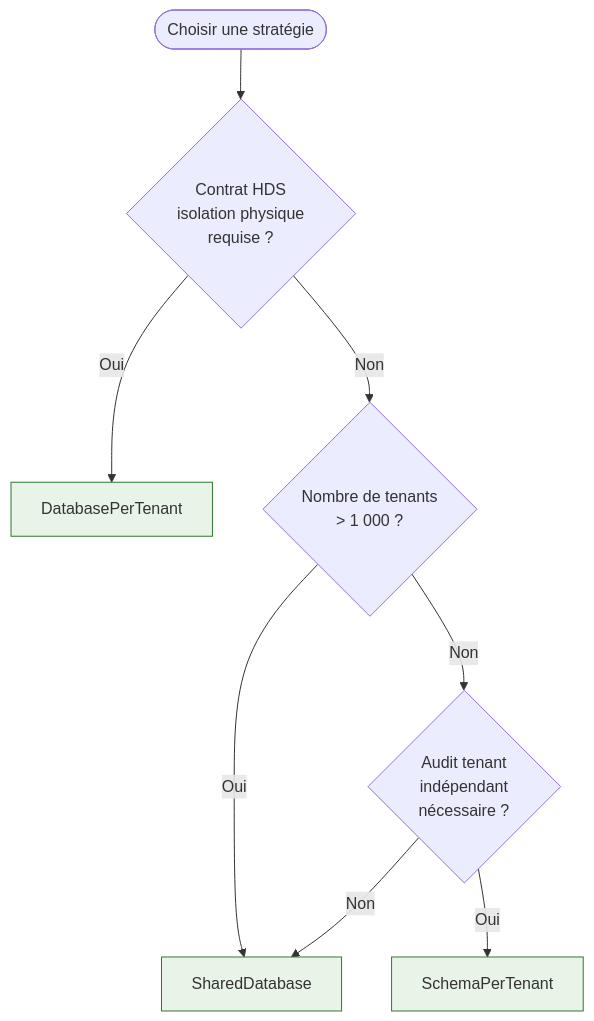
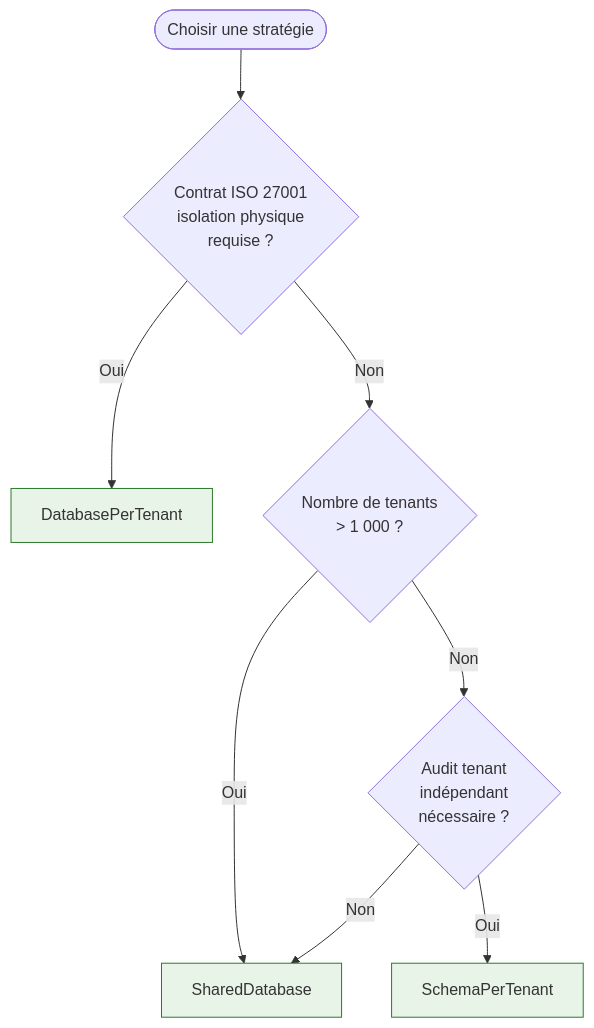
One commit to enraiz/granit-dotnet changed the first of 2 diagrams in docs/framework/data/isolation-strategie.md. Above: the diagram before and after it, drawn with Mermaid. The commit also changed other lines of this file and 319 other files, not shown here.

````diff
--- a/docs/framework/data/isolation-strategie.md
+++ b/docs/framework/data/isolation-strategie.md
@@ -23,18 +23,18 @@
 ```mermaid
 flowchart TD
     START([Choisir une stratégie])
 
-    START --> Q1{Contrat HDS<br/>isolation physique<br/>requise ?}
+    START --> Q1{Contrat ISO 27001<br/>isolation physique<br/>requise ?}
     Q1 -->|Oui| DB[DatabasePerTenant]
     Q1 -->|Non| Q2{Nombre de tenants<br/>> 1 000 ?}
     Q2 -->|Oui| SHARED[SharedDatabase]
     Q2 -->|Non| Q3{Audit tenant<br/>indépendant<br/>nécessaire ?}
     Q3 -->|Oui| SCHEMA[SchemaPerTenant]
     Q3 -->|Non| SHARED
 
     DB:::highlight
     SCHEMA:::highlight
     SHARED:::highlight
 
     classDef highlight fill:#e8f4e8,stroke:#2d7a2d
 ```
````
